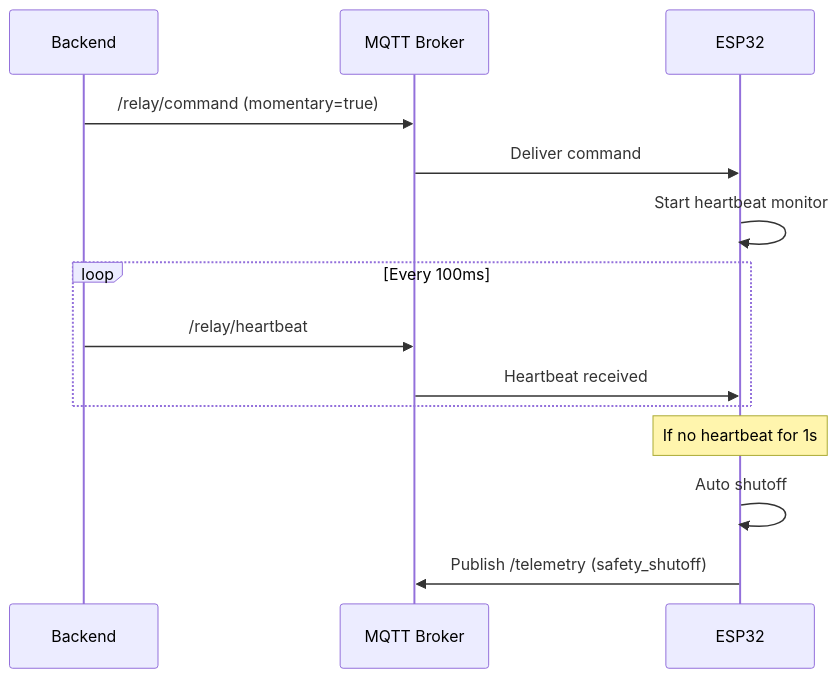
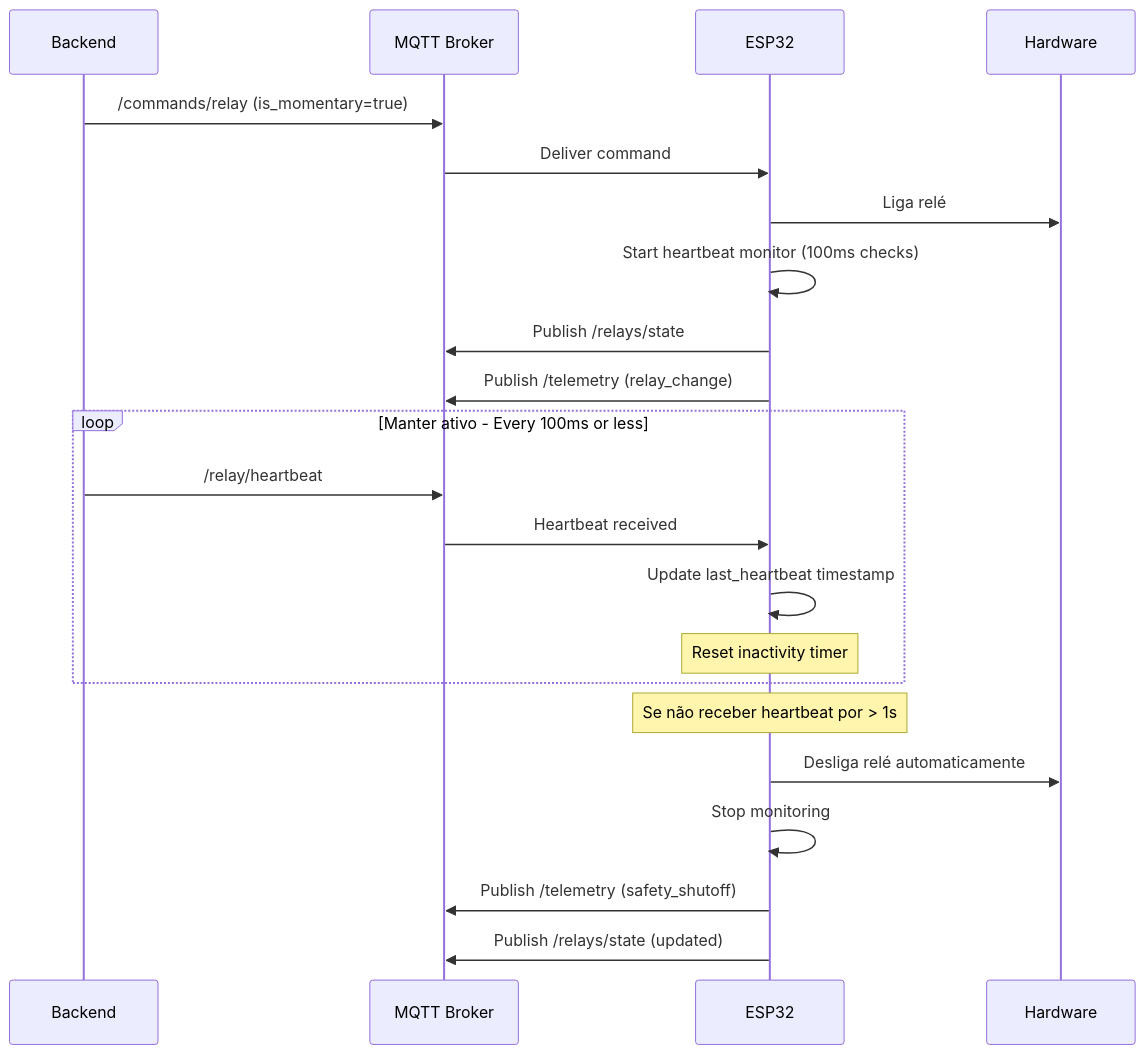
The third of 4 diagrams in firmware/esp32-relay-esp-idf/docs/MQTT_PROTOCOL.md (leechardes/autocore), drawn with Mermaid before and after one commit. The commit also changed other lines of this file and 16 other files, not shown here.

````diff
--- a/firmware/esp32-relay-esp-idf/docs/MQTT_PROTOCOL.md
+++ b/firmware/esp32-relay-esp-idf/docs/MQTT_PROTOCOL.md
@@ -203,17 +229,27 @@
 ```mermaid
 sequenceDiagram
     participant Backend
-    participant MQTT Broker
+    participant MQTT Broker  
     participant ESP32
+    participant Hardware
     
-    Backend->>MQTT Broker: /relay/command (momentary=true)
+    Backend->>MQTT Broker: /commands/relay (is_momentary=true)
     MQTT Broker->>ESP32: Deliver command
-    ESP32->>ESP32: Start heartbeat monitor
-    loop Every 100ms
+    ESP32->>Hardware: Liga relé
+    ESP32->>ESP32: Start heartbeat monitor (100ms checks)
+    ESP32->>MQTT Broker: Publish /relays/state
+    ESP32->>MQTT Broker: Publish /telemetry (relay_change)
+    
+    loop Manter ativo - Every 100ms or less
         Backend->>MQTT Broker: /relay/heartbeat
         MQTT Broker->>ESP32: Heartbeat received
+        ESP32->>ESP32: Update last_heartbeat timestamp
+        Note over ESP32: Reset inactivity timer
     end
-    Note over ESP32: If no heartbeat for 1s
-    ESP32->>ESP32: Auto shutoff
+    
+    Note over ESP32: Se não receber heartbeat por > 1s
+    ESP32->>Hardware: Desliga relé automaticamente
+    ESP32->>ESP32: Stop monitoring
     ESP32->>MQTT Broker: Publish /telemetry (safety_shutoff)
+    ESP32->>MQTT Broker: Publish /relays/state (updated)
 ```
````
